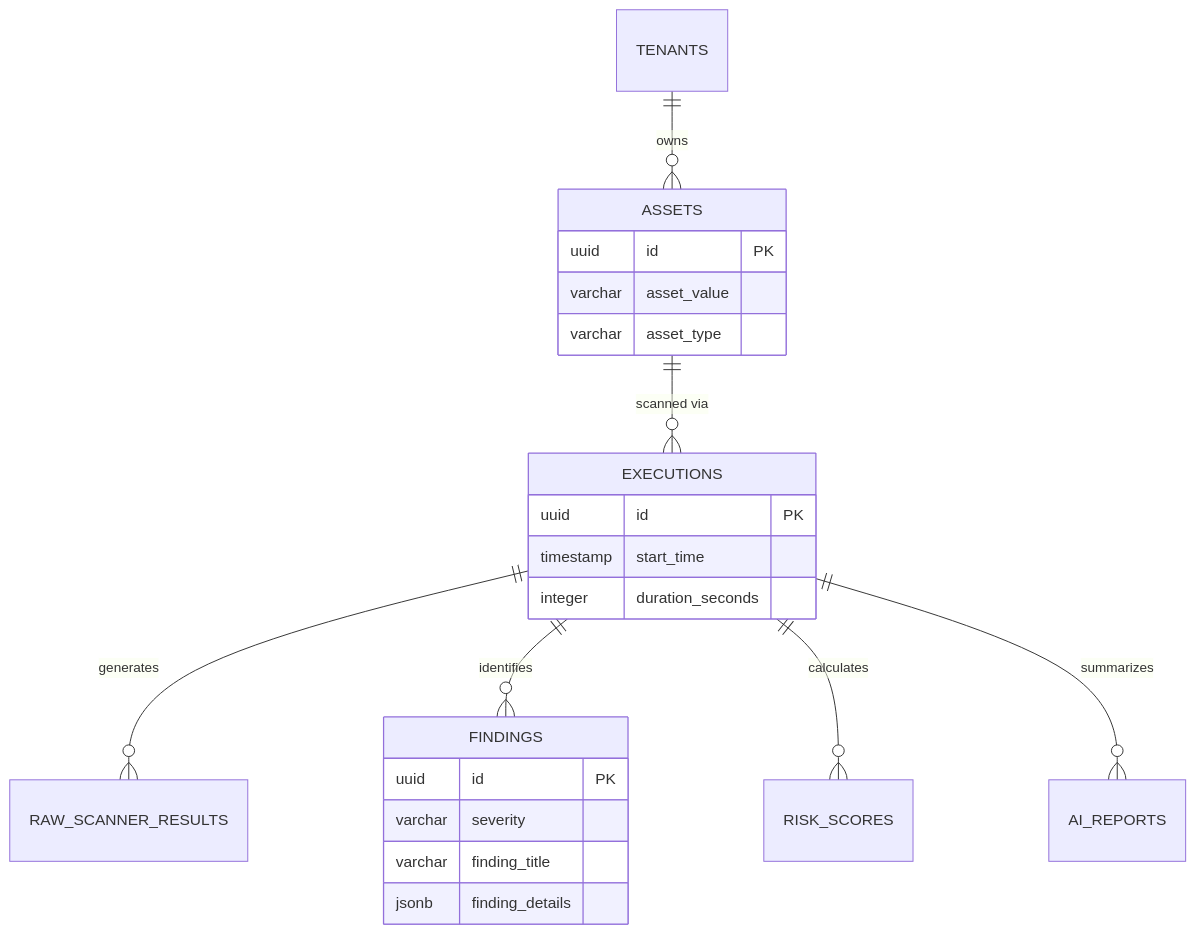
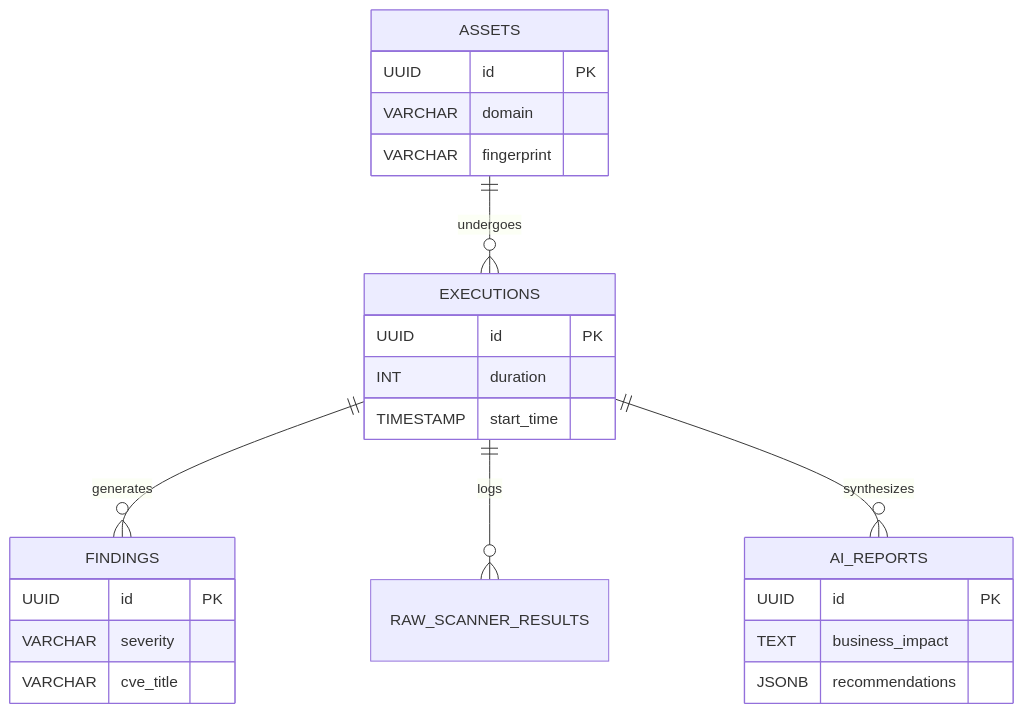
One commit to RishvinReddy/AI-Security-Guardian changed the fourth of 4 diagrams in README.md. Above: the diagram before and after it, drawn with Mermaid. The commit also changed other lines of this file, not shown here.

Commit message:
docs: Epic README expansion with data flow, sequence diagrams, and deep dive sections

````diff
--- a/README.md
+++ b/README.md
@@ -112,26 +161,28 @@
 ```mermaid
 erDiagram
-    TENANTS ||--o{ ASSETS : owns
-    ASSETS ||--o{ EXECUTIONS : "scanned via"
-    EXECUTIONS ||--o{ RAW_SCANNER_RESULTS : "generates"
-    EXECUTIONS ||--o{ FINDINGS : "identifies"
-    EXECUTIONS ||--o{ RISK_SCORES : "calculates"
-    EXECUTIONS ||--o{ AI_REPORTS : "summarizes"
+    ASSETS ||--o{ EXECUTIONS : "undergoes"
+    EXECUTIONS ||--o{ FINDINGS : "generates"
+    EXECUTIONS ||--o{ RAW_SCANNER_RESULTS : "logs"
+    EXECUTIONS ||--o{ AI_REPORTS : "synthesizes"
 
     ASSETS {
-        uuid id PK
-        varchar asset_value
-        varchar asset_type
+        UUID id PK
+        VARCHAR domain
+        VARCHAR fingerprint
     }
     EXECUTIONS {
-        uuid id PK
-        timestamp start_time
-        integer duration_seconds
+        UUID id PK
+        INT duration
+        TIMESTAMP start_time
     }
     FINDINGS {
-        uuid id PK
-        varchar severity
-        varchar finding_title
-        jsonb finding_details
+        UUID id PK
+        VARCHAR severity
+        VARCHAR cve_title
+    }
+    AI_REPORTS {
+        UUID id PK
+        TEXT business_impact
+        JSONB recommendations
     }
 ```
````
